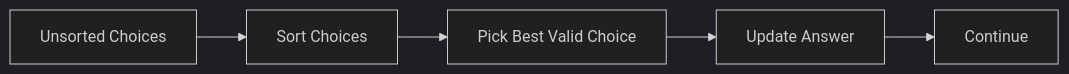
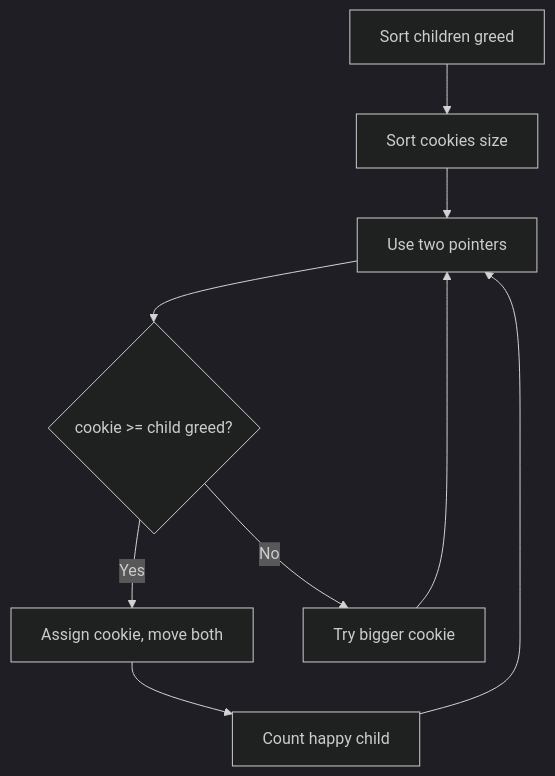
The fourth of 23 diagrams in CP_DSA_NOTES/TOPIC_WISE/greedy_patterns_visual_reference.md (mthaiseer/springcloud-systemdesign-notes), drawn with Mermaid (dark theme) before and after one commit. The commit also changed other lines of this file, not shown here.

````diff
--- a/CP_DSA_NOTES/TOPIC_WISE/greedy_patterns_visual_reference.md
+++ b/CP_DSA_NOTES/TOPIC_WISE/greedy_patterns_visual_reference.md
@@ -96,7 +148,11 @@
 ```mermaid
-flowchart LR
-    A[Unsorted Choices] --> B[Sort Choices]
-    B --> C[Pick Best Valid Choice]
-    C --> D[Update Answer]
-    D --> E[Continue]
+flowchart TD
+    A[Sort children greed] --> B[Sort cookies size]
+    B --> C[Use two pointers]
+    C --> D{cookie >= child greed?}
+    D -->|Yes| E[Assign cookie, move both]
+    D -->|No| F[Try bigger cookie]
+    E --> G[Count happy child]
+    F --> C
+    G --> C
 ```
````
